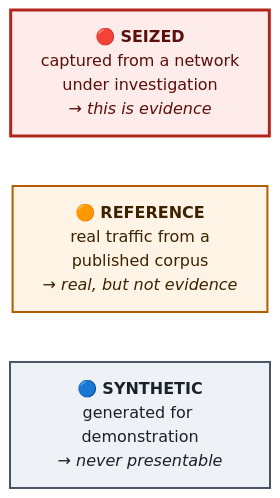
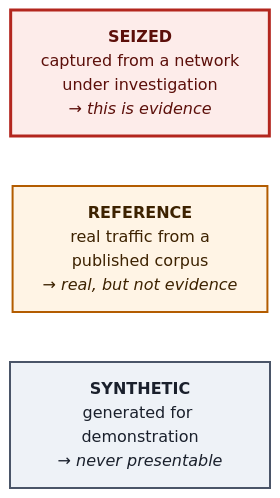
Before and after one commit to Anbu-00001/NetForensiq: the third of 10 diagrams in README.md, drawn with Mermaid. The commit also changed other lines of this file and 29 other files, not shown here.

````diff
--- a/README.md
+++ b/README.md
@@ -141,13 +168,13 @@
 ```mermaid
 graph LR
-    SZ["🔴 <b>SEIZED</b><br/>captured from a network<br/>under investigation<br/><i>→ this is evidence</i>"]
-    RF["🟠 <b>REFERENCE</b><br/>real traffic from a<br/>published corpus<br/><i>→ real, but not evidence</i>"]
-    SY["🔵 <b>SYNTHETIC</b><br/>generated for demonstration<br/><i>→ never presentable</i>"]
+    SZ["<b>SEIZED</b><br/>captured from a network<br/>under investigation<br/><i>→ this is evidence</i>"]
+    RF["<b>REFERENCE</b><br/>real traffic from a<br/>published corpus<br/><i>→ real, but not evidence</i>"]
+    SY["<b>SYNTHETIC</b><br/>generated for demonstration<br/><i>→ never presentable</i>"]
 
     classDef sz fill:#FDECEA,stroke:#B3261E,stroke-width:3px,color:#5C0F0A
     classDef rf fill:#FFF4E5,stroke:#B35C00,stroke-width:2px,color:#3D2200
     classDef sy fill:#EEF2F7,stroke:#4A5568,stroke-width:2px,color:#1A202C
     class SZ sz
     class RF rf
     class SY sy
 ```
````
